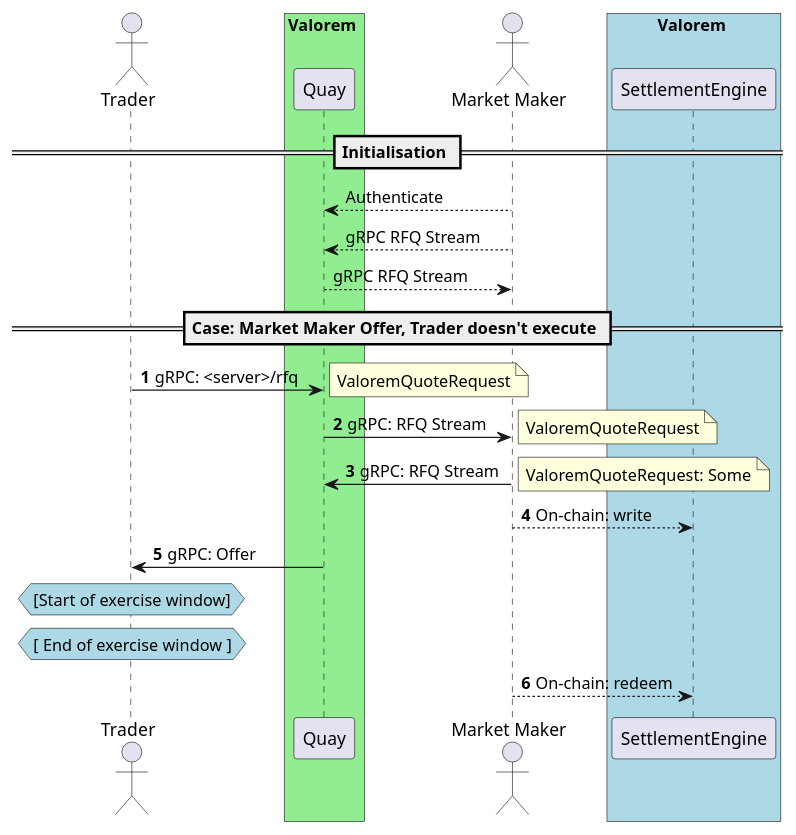
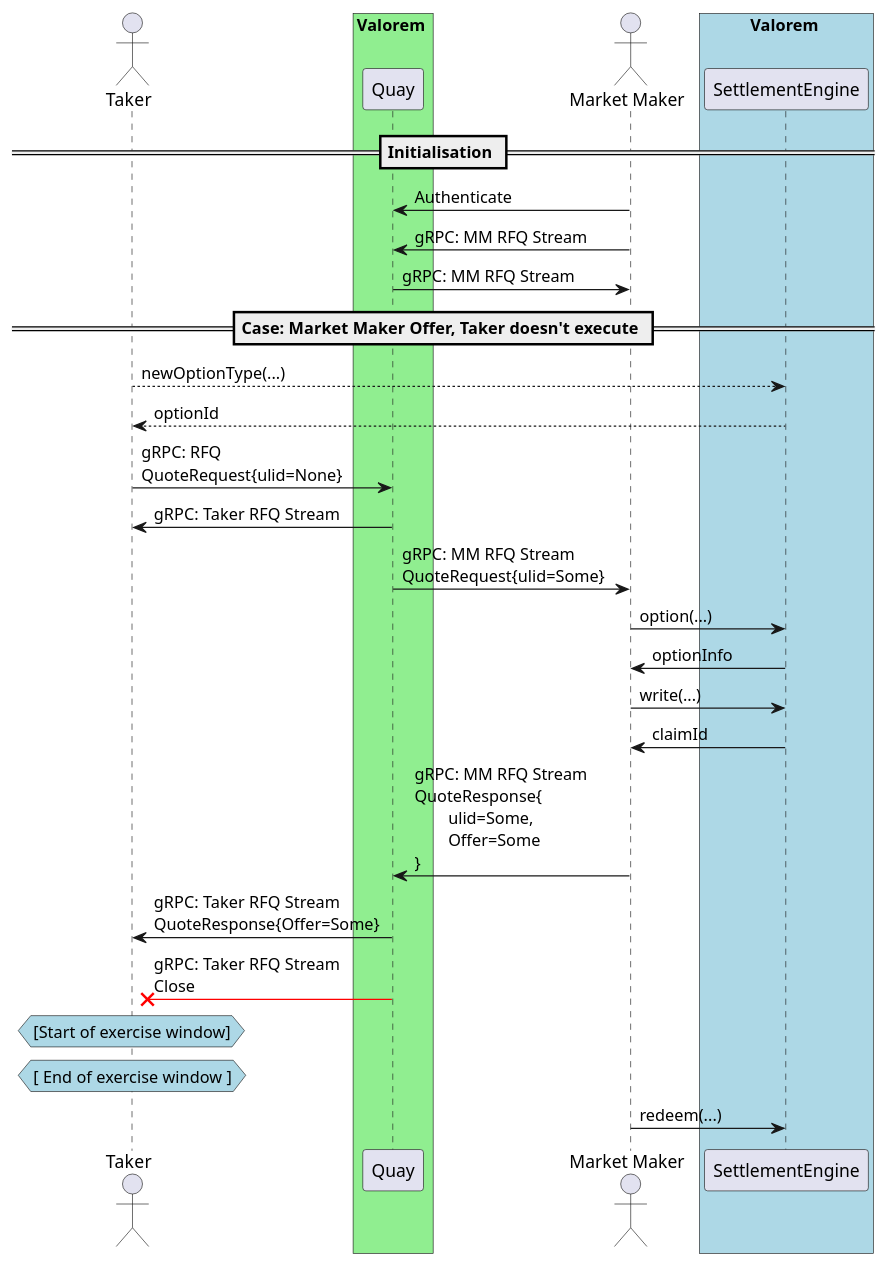
Before and after one commit to prince777-k/quay: the diagram in docs/diagrams/mm_offer_trader_doesnt_execute.pu, drawn with PlantUML. The commit also changed 10 other files, not shown here.

Commit message:
Docs updates for new maker/taker RFQ flow

```diff
--- a/docs/diagrams/mm_offer_trader_doesnt_execute.pu
+++ b/docs/diagrams/mm_offer_trader_doesnt_execute.pu
@@ -1,40 +1,37 @@
 @startuml
 
-actor Trader
+actor Taker
 box Valorem #LightGreen
 participant Quay
 end box
 actor "Market Maker" as MM
 box Valorem #LightBlue
 participant SettlementEngine as SE
 end box
 
 == Initialisation ==
-MM --> Quay: Authenticate
-MM --> Quay: gRPC RFQ Stream
-Quay --> MM: gRPC RFQ Stream
+MM -> Quay: Authenticate
+MM -> Quay: gRPC: MM RFQ Stream
+Quay -> MM: gRPC: MM RFQ Stream
 
-== Case: Market Maker Offer, Trader doesn't execute ==
-autonumber
-Trader -> Quay: gRPC: <server>/rfq
-note right
-ValoremQuoteRequest
-end note
-Quay -> MM: gRPC: RFQ Stream
-note right
-ValoremQuoteRequest
-end note
-MM -> Quay: gRPC: RFQ Stream
-note right
-ValoremQuoteRequest: Some
-end note
-MM --> SE: On-chain: write
-Quay -> Trader: gRPC: Offer
-hnote over Trader #lightBlue
+== Case: Market Maker Offer, Taker doesn't execute ==
+Taker --> SE: newOptionType(...)
+SE --> Taker: optionId
+Taker -> Quay: gRPC: RFQ\nQuoteRequest{ulid=None}
+Quay -> Taker: gRPC: Taker RFQ Stream
+Quay -> MM: gRPC: MM RFQ Stream\nQuoteRequest{ulid=Some}
+MM -> SE: option(...)
+SE -> MM: optionInfo
+MM -> SE: write(...)
+SE -> MM: claimId
+MM -> Quay: gRPC: MM RFQ Stream\nQuoteResponse{\n\tulid=Some,\n\tOffer=Some\n}
+Quay -> Taker: gRPC: Taker RFQ Stream\nQuoteResponse{Offer=Some}
+Quay -[#red]X Taker: gRPC: Taker RFQ Stream\nClose
+hnote over Taker #lightBlue
 [Start of exercise window]
 end hnote
-hnote over Trader #lightBlue
+hnote over Taker #lightBlue
 [ End of exercise window ]
 end hnote
-MM --> SE: On-chain: redeem
+MM -> SE: redeem(...)
 @enduml
```
